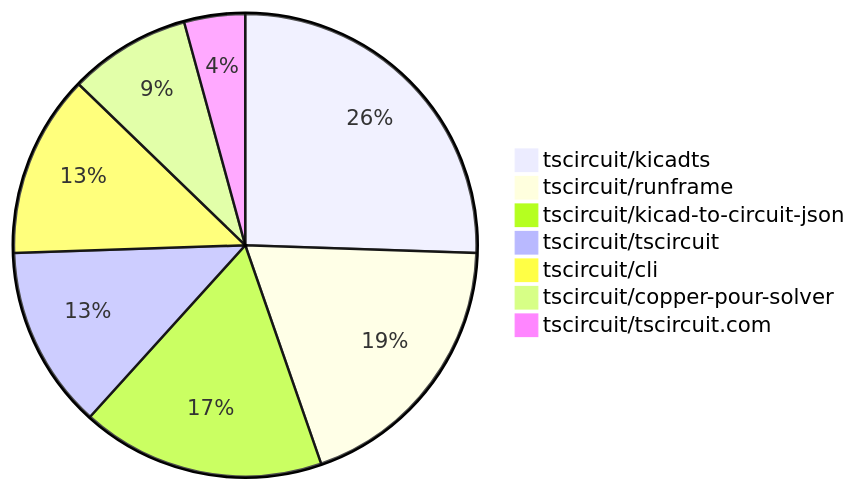
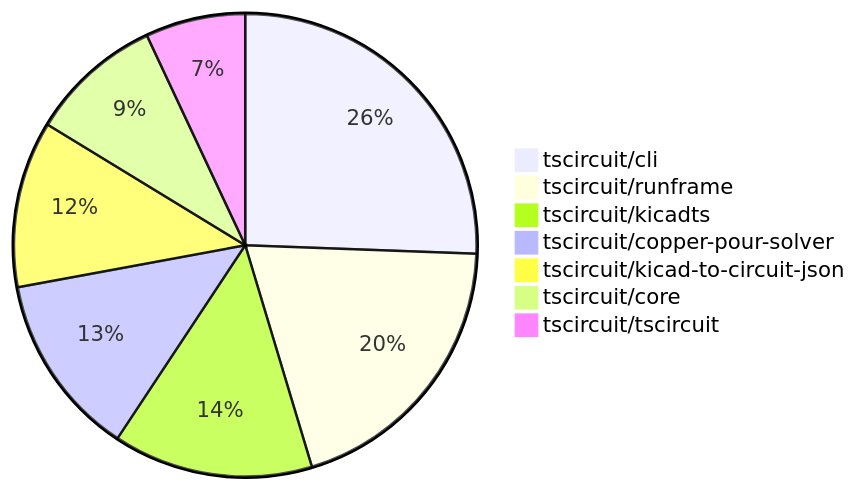
One commit to tscircuit/contribution-tracker changed the second of 2 diagrams in contribution-overviews/2025-11-05.md. Above: the diagram before and after it, drawn with Mermaid. The commit also changed other lines of this file and 3 other files, not shown here.

````diff
--- a/contribution-overviews/2025-11-05.md
+++ b/contribution-overviews/2025-11-05.md
@@ -75,10 +87,10 @@
 ```mermaid
 pie
+    "tscircuit/cli" : 22
+    "tscircuit/runframe" : 17
     "tscircuit/kicadts" : 12
-    "tscircuit/runframe" : 9
-    "tscircuit/kicad-to-circuit-json" : 8
+    "tscircuit/copper-pour-solver" : 11
+    "tscircuit/kicad-to-circuit-json" : 10
+    "tscircuit/core" : 8
     "tscircuit/tscircuit" : 6
-    "tscircuit/cli" : 6
-    "tscircuit/copper-pour-solver" : 4
-    "tscircuit/tscircuit.com" : 2
 ```
````
